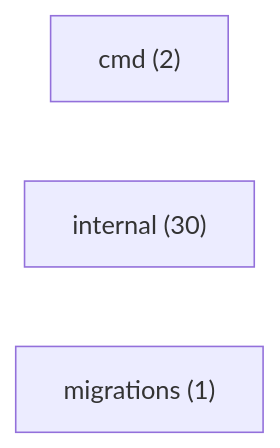
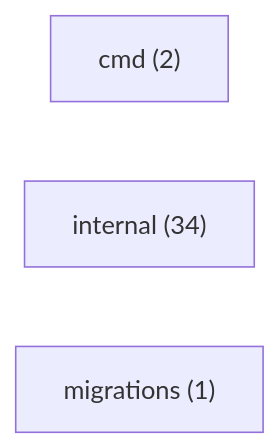
Before and after one commit to mauriciomiwa/ominicore-service: the diagram in DOC/System/mapa/inventario.md, drawn with Mermaid. The commit also changed other lines of this file and 50 other files, not shown here.

````diff
--- a/DOC/System/mapa/inventario.md
+++ b/DOC/System/mapa/inventario.md
@@ -14,6 +14,6 @@
 ```mermaid
 graph LR
   cmd["cmd (2)"]
-  internal["internal (30)"]
+  internal["internal (34)"]
   migrations["migrations (1)"]
 ```
````
